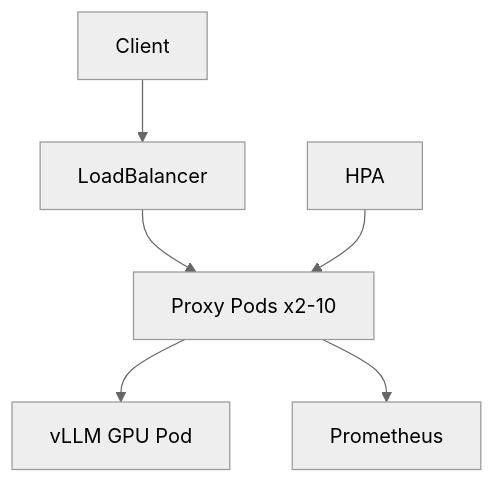
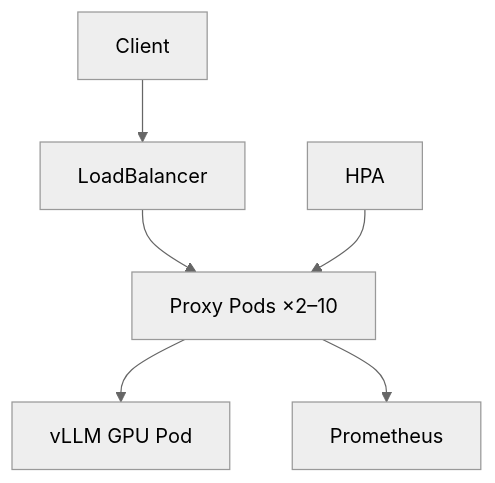
One commit to ArchanaChetan07/ai-inference-observability-platform changed the second of 2 diagrams in README.md. Above: the diagram before and after it, drawn with Mermaid (neutral theme). The commit also changed other lines of this file, not shown here.

````diff
--- a/README.md
+++ b/README.md
@@ -460,8 +264,8 @@
 ```mermaid
 flowchart TB
     Client --> LB[LoadBalancer]
-    LB --> Proxy[Proxy Pods x2-10]
+    LB --> Proxy[Proxy Pods ×2–10]
     Proxy --> VLLM[vLLM GPU Pod]
+    HPA[HPA] --> Proxy
     Proxy --> Prom[Prometheus]
-    HPA --> Proxy
 ```
````
